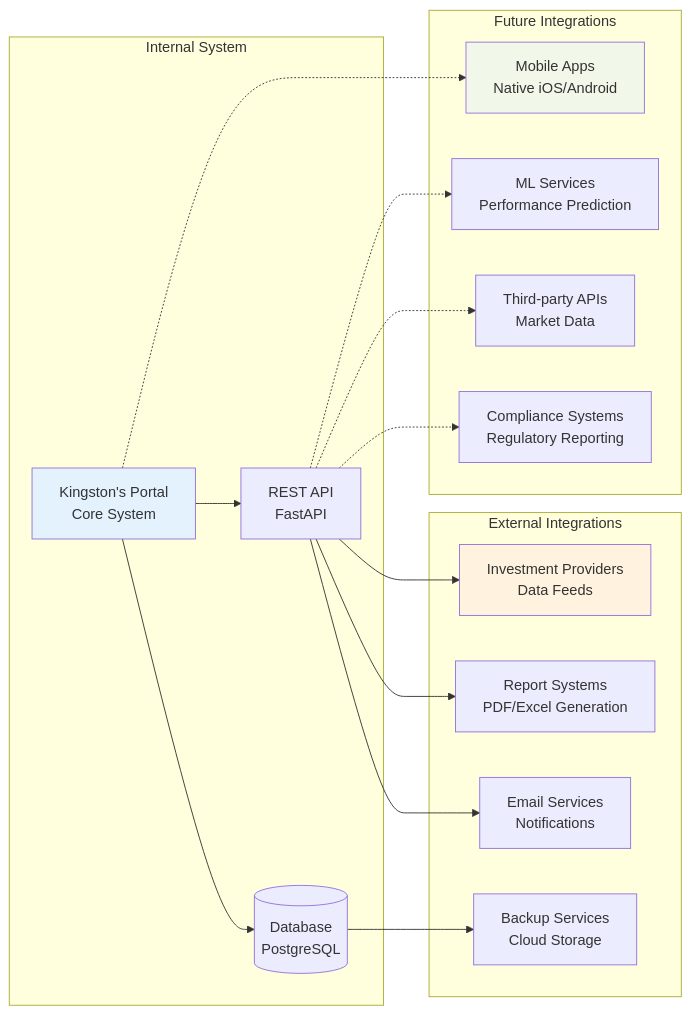
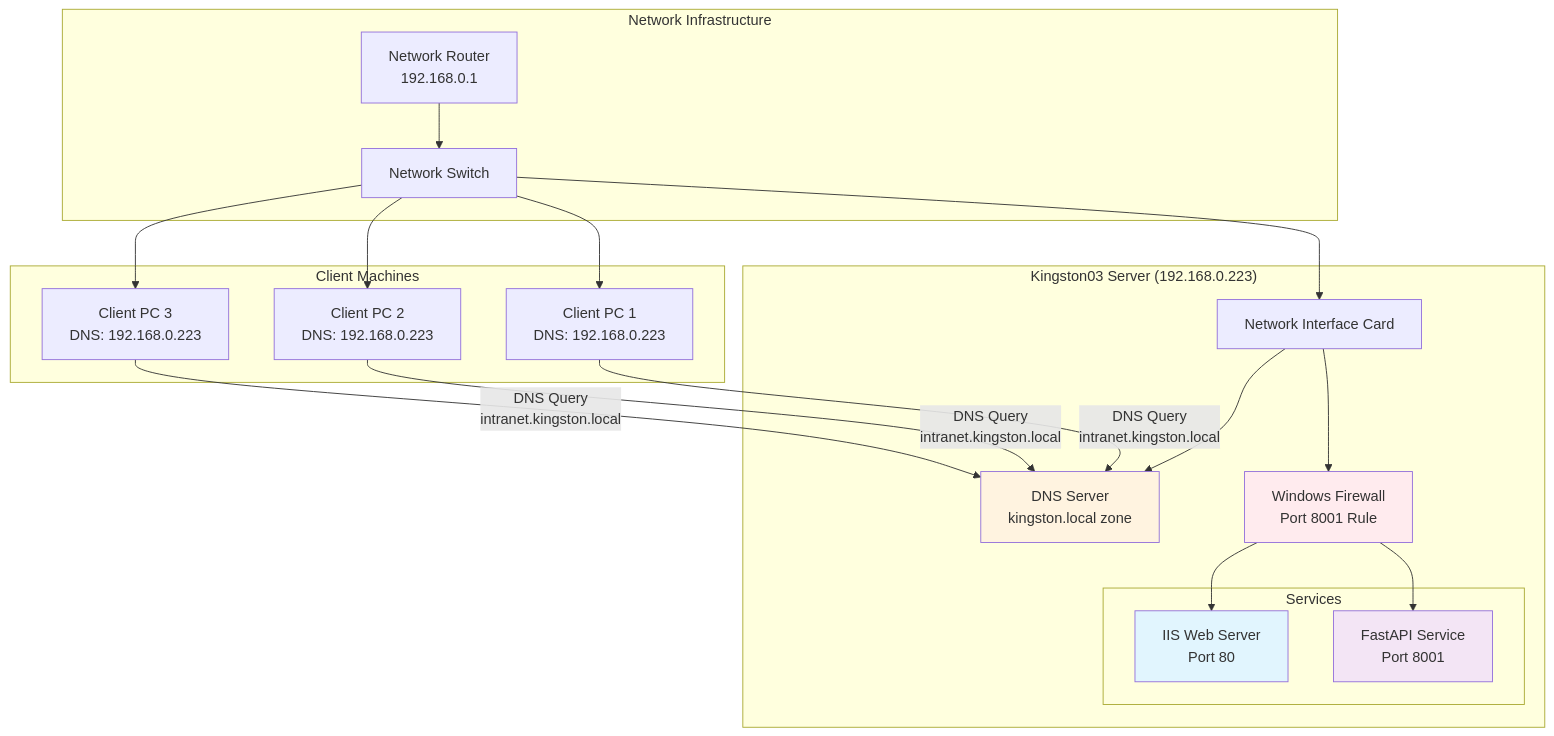
Before and after one commit to Animatic-AI-Solutions/kingstons_portal: the seventh of 7 diagrams in docs/3_architecture/02_architecture_diagrams.md, drawn with Mermaid. The commit also changed other lines of this file and 4 other files, not shown here.

````diff
--- a/docs/3_architecture/02_architecture_diagrams.md
+++ b/docs/3_architecture/02_architecture_diagrams.md
@@ -300,38 +217,44 @@
 ```mermaid
-graph LR
-    subgraph "Internal System"
-        Core[Kingston's Portal<br/>Core System]
-        DB[(Database<br/>PostgreSQL)]
-        API[REST API<br/>FastAPI]
+graph TB
+    subgraph "Network Infrastructure"
+        ROUTER[Network Router<br/>192.168.0.1]
+        SWITCH[Network Switch]
     end
     
-    subgraph "External Integrations"
-        Providers[Investment Providers<br/>Data Feeds]
-        Reporting[Report Systems<br/>PDF/Excel Generation]
-        Email[Email Services<br/>Notifications]
-        Backup[Backup Services<br/>Cloud Storage]
+    subgraph "Kingston03 Server (192.168.0.223)"
+        NIC[Network Interface Card]
+        DNS[DNS Server<br/>kingston.local zone]
+        FIREWALL[Windows Firewall<br/>Port 8001 Rule]
+        
+        subgraph "Services"
+            IIS[IIS Web Server<br/>Port 80]
+            FASTAPI[FastAPI Service<br/>Port 8001]
+        end
     end
     
-    subgraph "Future Integrations"
-        Mobile[Mobile Apps<br/>Native iOS/Android]
-        ML[ML Services<br/>Performance Prediction]
-        ThirdParty[Third-party APIs<br/>Market Data]
-        Compliance[Compliance Systems<br/>Regulatory Reporting]
+    subgraph "Client Machines"
+        CLIENT1[Client PC 1<br/>DNS: 192.168.0.223]
+        CLIENT2[Client PC 2<br/>DNS: 192.168.0.223]
+        CLIENT3[Client PC 3<br/>DNS: 192.168.0.223]
     end
     
-    Core --> DB
-    Core --> API
-    API --> Providers
-    API --> Reporting
-    API --> Email
-    DB --> Backup
+    ROUTER --> SWITCH
+    SWITCH --> NIC
+    NIC --> DNS
+    NIC --> FIREWALL
+    FIREWALL --> IIS
+    FIREWALL --> FASTAPI
     
-    Core -.-> Mobile
-    API -.-> ML
-    API -.-> ThirdParty
-    API -.-> Compliance
+    SWITCH --> CLIENT1
+    SWITCH --> CLIENT2
+    SWITCH --> CLIENT3
     
-    style Core fill:#e3f2fd
-    style Providers fill:#fff3e0
-    style Mobile fill:#f1f8e9
-``` 
+    CLIENT1 --> |"DNS Query<br/>intranet.kingston.local"| DNS
+    CLIENT2 --> |"DNS Query<br/>intranet.kingston.local"| DNS
+    CLIENT3 --> |"DNS Query<br/>intranet.kingston.local"| DNS
+    
+    style DNS fill:#fff3e0
+    style FIREWALL fill:#ffebee
+    style IIS fill:#e1f5fe
+    style FASTAPI fill:#f3e5f5
+```
````
